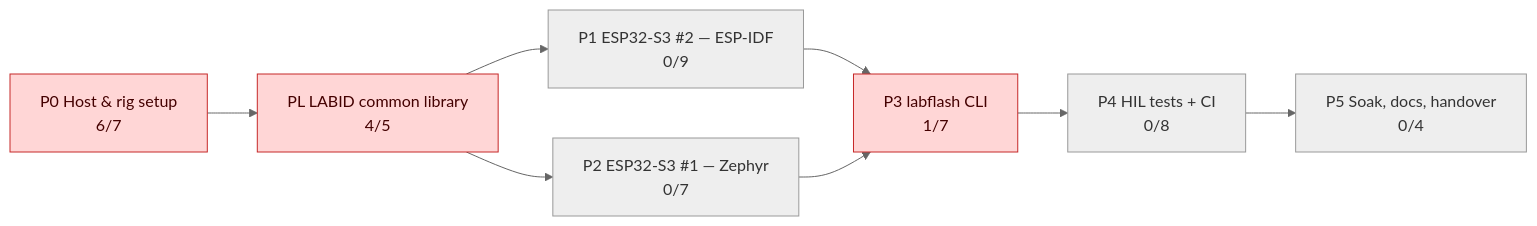
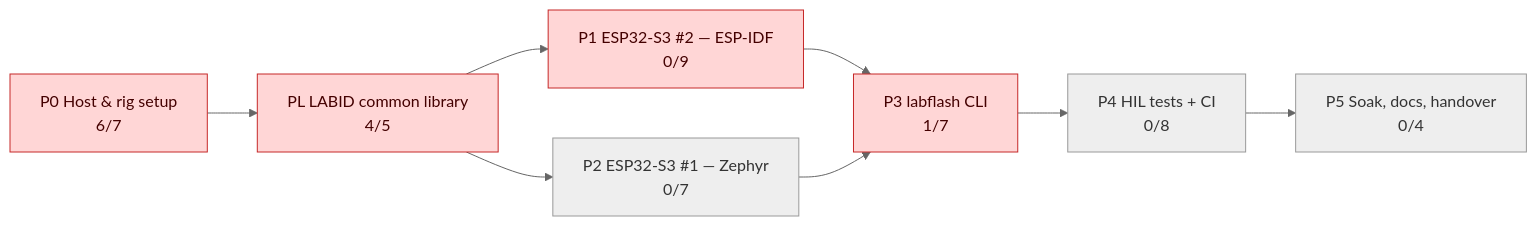
One commit to mohamed-soubhi/bootlab-esp changed the second of 3 diagrams in tickets/TICKETS.md. Above: the diagram before and after it, drawn with Mermaid (neutral theme). The commit also changed other lines of this file and 10 other files, not shown here.

````diff
--- a/tickets/TICKETS.md
+++ b/tickets/TICKETS.md
@@ -31,21 +31,21 @@
 ```mermaid
 flowchart LR
     E0["P0 Host & rig setup<br/>6/7"]:::blocked
     EL["PL LABID common library<br/>4/5"]:::blocked
-    E1["P1 ESP32-S3 #2 — ESP-IDF<br/>0/9"]:::todo
+    E1["P1 ESP32-S3 #2 — ESP-IDF<br/>0/9"]:::blocked
     E2["P2 ESP32-S3 #1 — Zephyr<br/>0/7"]:::todo
     E3["P3 labflash CLI<br/>1/7"]:::blocked
     E4["P4 HIL tests + CI<br/>0/8"]:::todo
     E5["P5 Soak, docs, handover<br/>0/4"]:::todo
     E0 --> EL
     E1 --> E3
     E2 --> E3
     E3 --> E4
     E4 --> E5
     EL --> E1
     EL --> E2
     classDef todo fill:#eeeeee,stroke:#999,color:#333
     classDef doing fill:#cfe3ff,stroke:#2f6fdb,color:#123
     classDef blocked fill:#ffd6d6,stroke:#c62828,color:#400
     classDef done fill:#d4f5d4,stroke:#2e7d32,color:#132
 ```
````
